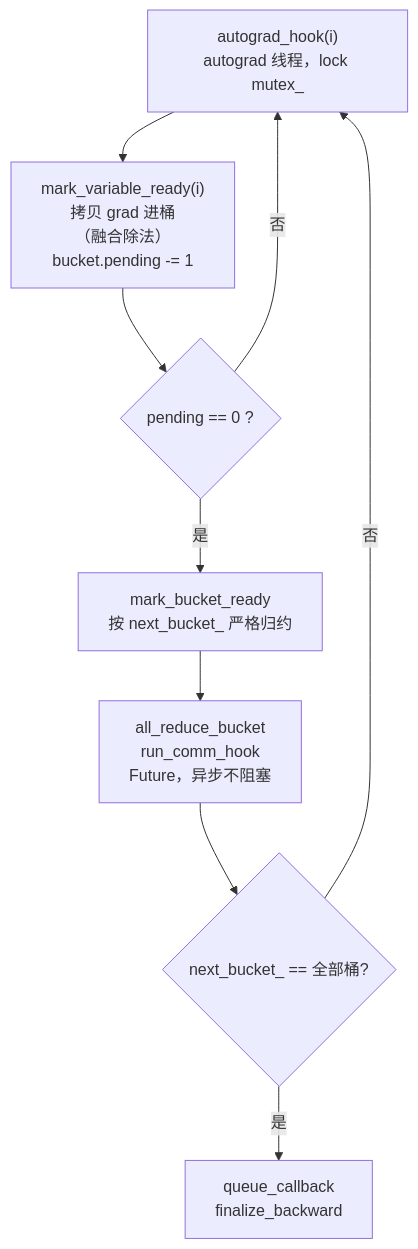
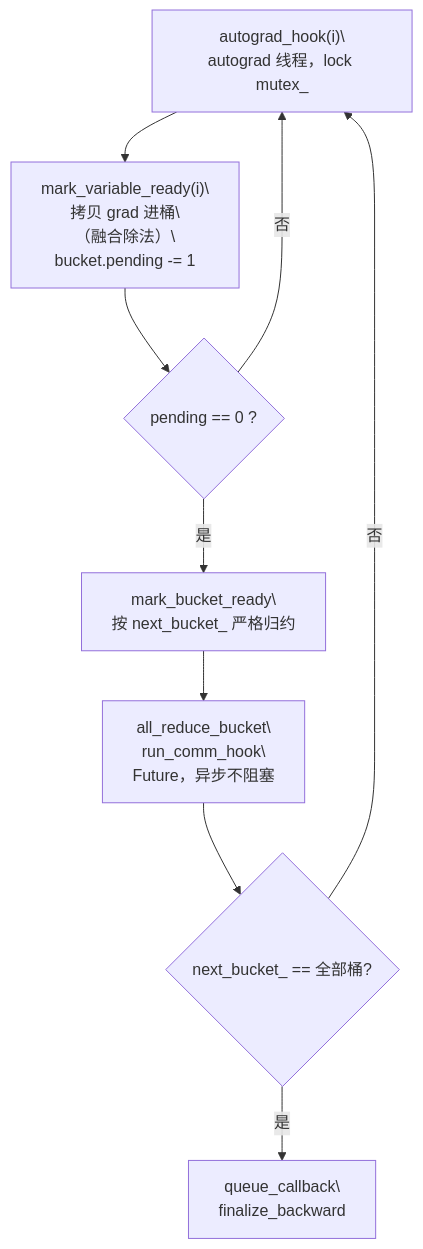
Before and after one commit to stevexiaofei/second-brain: the fourth of 4 diagrams in docs/knowledge/pytorch/pytorch-reducer.md, drawn with Mermaid. The commit also changed other lines of this file and 14 other files, not shown here.

First line of the commit message:
docs: bump mermaid font sizes and replace <br/> with real newlines

````diff
--- a/docs/knowledge/pytorch/pytorch-reducer.md
+++ b/docs/knowledge/pytorch/pytorch-reducer.md
@@ -137,15 +141,23 @@
 ```mermaid
 flowchart TD
-    D1["autograd_hook(i)<br/>autograd 线程，lock mutex_"]
-    D2["mark_variable_ready(i)<br/>拷贝 grad 进桶<br/>（融合除法）<br/>bucket.pending -= 1"]
+    D1["autograd_hook(i)\
+autograd 线程，lock mutex_"]
+    D2["mark_variable_ready(i)\
+拷贝 grad 进桶\
+（融合除法）\
+bucket.pending -= 1"]
     D3{"pending == 0 ?"}
-    D4["mark_bucket_ready<br/>按 next_bucket_ 严格归约"]
-    D5["all_reduce_bucket<br/>run_comm_hook<br/>Future，异步不阻塞"]
+    D4["mark_bucket_ready\
+按 next_bucket_ 严格归约"]
+    D5["all_reduce_bucket\
+run_comm_hook\
+Future，异步不阻塞"]
     D6{"next_bucket_ == 全部桶?"}
-    D7["queue_callback<br/>finalize_backward"]
+    D7["queue_callback\
+finalize_backward"]
     D1 --> D2 --> D3
     D3 --"是"--> D4 --> D5 --> D6
     D3 --"否"--> D1
     D6 --"是"--> D7
     D6 --"否"--> D1
 ```
````
